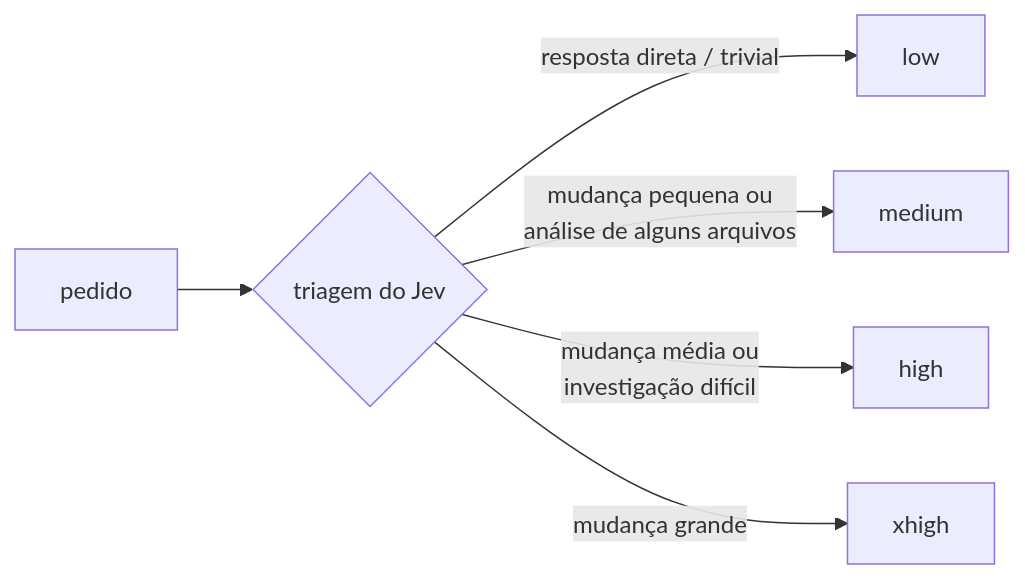
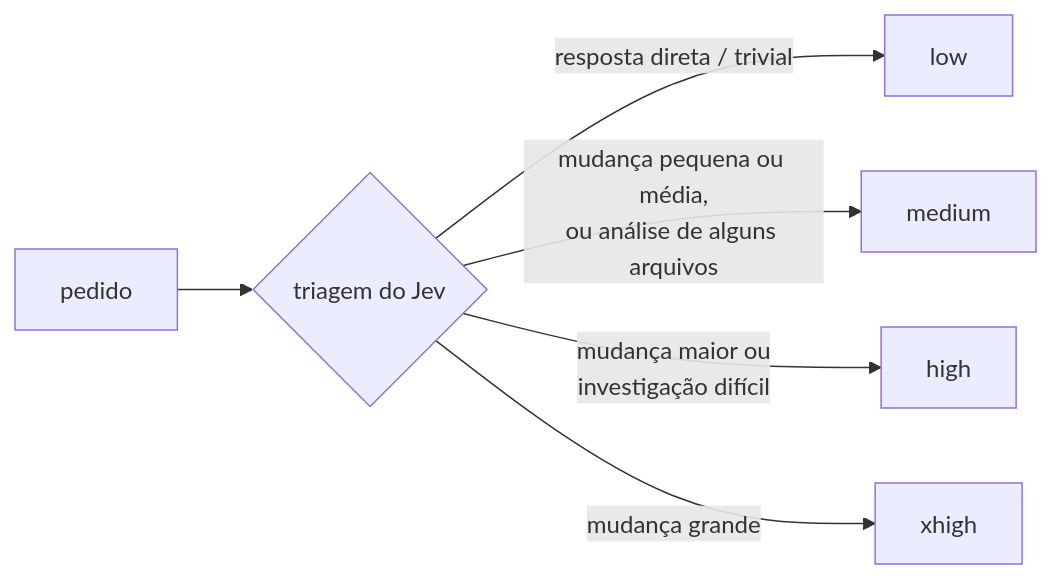
Before and after one commit to Civalski/claujev: the second of 2 diagrams in README.pt-BR.md, drawn with Mermaid. The commit also changed other lines of this file and 9 other files, not shown here.

````diff
--- a/README.pt-BR.md
+++ b/README.pt-BR.md
@@ -113,8 +113,8 @@
 ```mermaid
 flowchart LR
     P["pedido"] --> J{"triagem do Jev"}
     J -->|"resposta direta / trivial"| L["low"]
-    J -->|"mudança pequena ou<br/>análise de alguns arquivos"| M["medium"]
-    J -->|"mudança média ou<br/>investigação difícil"| H["high"]
+    J -->|"mudança pequena ou média,<br/>ou análise de alguns arquivos"| M["medium"]
+    J -->|"mudança maior ou<br/>investigação difícil"| H["high"]
     J -->|"mudança grande"| X["xhigh"]
 ```
````
